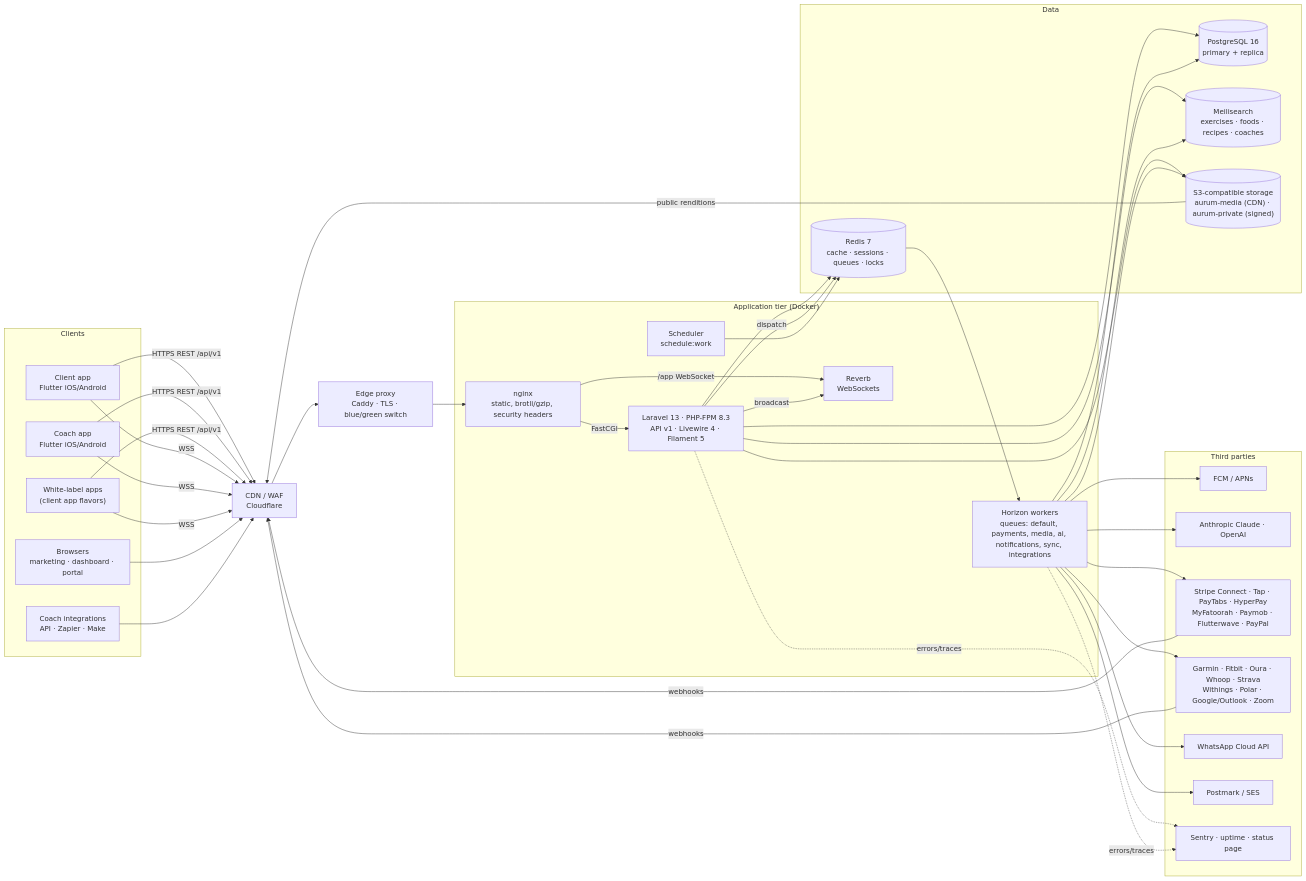
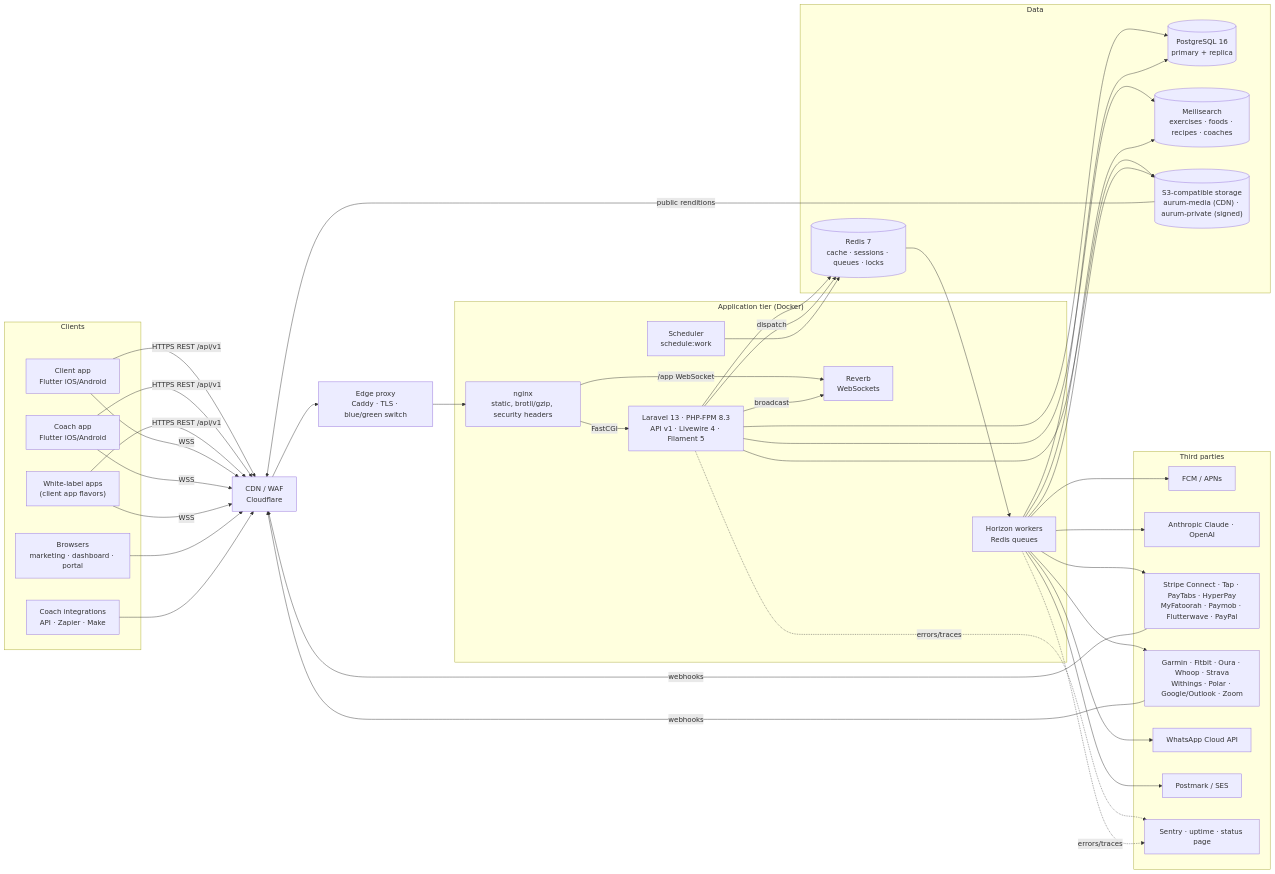
One commit to rabi3ogabes/My_PT_Hub changed the first of 5 diagrams in docs/ARCHITECTURE.md. Above: the diagram before and after it, drawn with Mermaid. The commit also changed 27 other files, not shown here.

````diff
--- a/docs/ARCHITECTURE.md
+++ b/docs/ARCHITECTURE.md
@@ -8,57 +8,57 @@
 ```mermaid
 flowchart LR
     subgraph Clients
       CA["Client app<br/>Flutter iOS/Android"]
       COA["Coach app<br/>Flutter iOS/Android"]
       WEB["Browsers<br/>marketing · dashboard · portal"]
       WL["White-label apps<br/>(client app flavors)"]
       DEV["Coach integrations<br/>API · Zapier · Make"]
     end
 
     CDN["CDN / WAF<br/>Cloudflare"]
     EDGE["Edge proxy<br/>Caddy · TLS · blue/green switch"]
 
     subgraph App["Application tier (Docker)"]
       NGX["nginx<br/>static, brotli/gzip, security headers"]
       PHP["Laravel 13 · PHP-FPM 8.3<br/>API v1 · Livewire 4 · Filament 5"]
       RVB["Reverb<br/>WebSockets"]
-      HZN["Horizon workers<br/>queues: default, payments, media, ai, notifications, sync, integrations"]
+      HZN["Horizon workers<br/>Redis queues"]
       SCH["Scheduler<br/>schedule:work"]
     end
 
     subgraph Data
       PG[("PostgreSQL 16<br/>primary + replica")]
       RD[("Redis 7<br/>cache · sessions · queues · locks")]
       MS[("Meilisearch<br/>exercises · foods · recipes · coaches")]
       S3[("S3-compatible storage<br/>aurum-media (CDN) · aurum-private (signed)")]
     end
 
     subgraph Third["Third parties"]
       FCM["FCM / APNs"]
       AI["Anthropic Claude · OpenAI"]
       PAY["Stripe Connect · Tap · PayTabs · HyperPay<br/>MyFatoorah · Paymob · Flutterwave · PayPal"]
       HLT["Garmin · Fitbit · Oura · Whoop · Strava<br/>Withings · Polar · Google/Outlook · Zoom"]
       WA["WhatsApp Cloud API"]
       MAIL["Postmark / SES"]
       OBS["Sentry · uptime · status page"]
     end
 
     CA & COA & WL -->|HTTPS REST /api/v1| CDN
     CA & COA & WL -->|WSS| CDN
     WEB --> CDN
     DEV --> CDN
     CDN --> EDGE --> NGX
     NGX -->|FastCGI| PHP
     NGX -->|/app WebSocket| RVB
     PHP --> PG & RD & MS & S3
     PHP -->|dispatch| RD
     RD --> HZN
     HZN --> PG & S3 & MS
     HZN --> FCM & AI & PAY & HLT & WA & MAIL
     PAY -->|webhooks| CDN
     HLT -->|webhooks| CDN
     PHP -->|broadcast| RVB
     SCH --> RD
     S3 -->|public renditions| CDN
     PHP & HZN -.errors/traces.-> OBS
 ```
````
